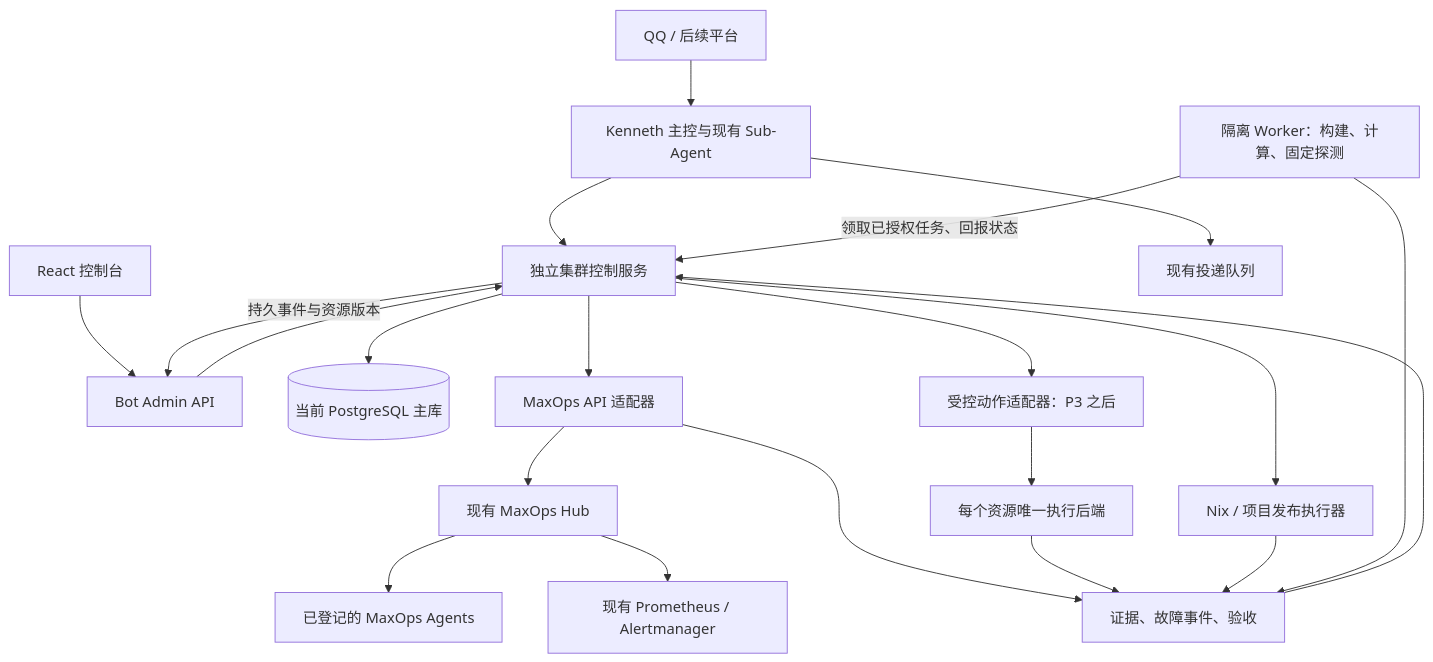
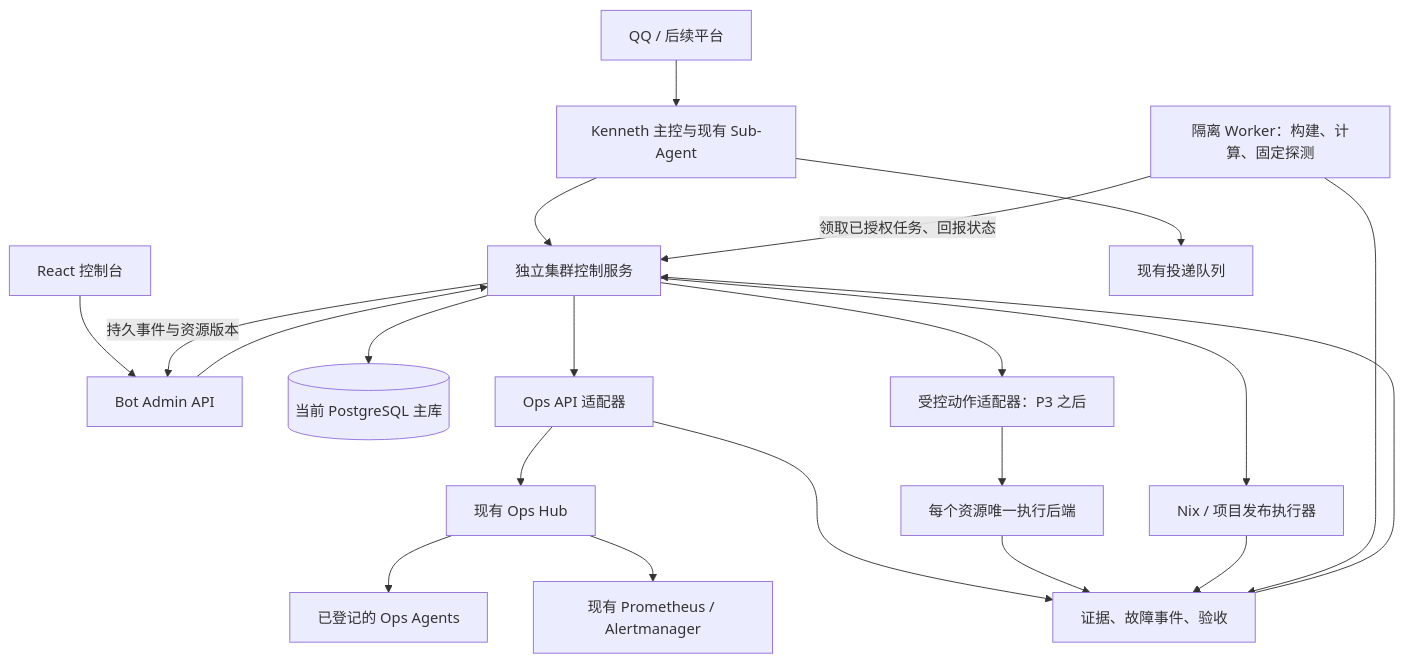
The diagram in docs/cluster-collaboration-design.md (zty20040403/chat-bot), drawn with Mermaid before and after one commit. The commit also changed other lines of this file and 86 other files, not shown here.

Commit message:
feat: rebrand project as gaoji and document independent architecture

````diff
--- a/docs/cluster-collaboration-design.md
+++ b/docs/cluster-collaboration-design.md
@@ -175,23 +175,23 @@
 ```mermaid
 flowchart TD
     QQ[QQ / 后续平台] --> BOT[Kenneth 主控与现有 Sub-Agent]
     UI[React 控制台] --> API[Bot Admin API]
     API --> HUB[独立集群控制服务]
     BOT --> HUB
     HUB --> DB[(当前 PostgreSQL 主库)]
-    HUB --> READ[MaxOps API 适配器]
-    READ --> MH[现有 MaxOps Hub]
-    MH --> MA[已登记的 MaxOps Agents]
+    HUB --> READ[Ops API 适配器]
+    READ --> MH[现有 Ops Hub]
+    MH --> MA[已登记的 Ops Agents]
     MH --> OBS[现有 Prometheus / Alertmanager]
     HUB --> WRITE[受控动作适配器：P3 之后]
     WRITE --> OWNER[每个资源唯一执行后端]
     HUB --> DEPLOY[Nix / 项目发布执行器]
     WORKER[隔离 Worker：构建、计算、固定探测] -->|领取已授权任务、回报状态| HUB
     READ --> EVIDENCE[证据、故障事件、验收]
     OWNER --> EVIDENCE
     DEPLOY --> EVIDENCE
     WORKER --> EVIDENCE
     EVIDENCE --> HUB
     HUB -->|持久事件与资源版本| API
     BOT --> OUTBOX[现有投递队列]
 ```
````
